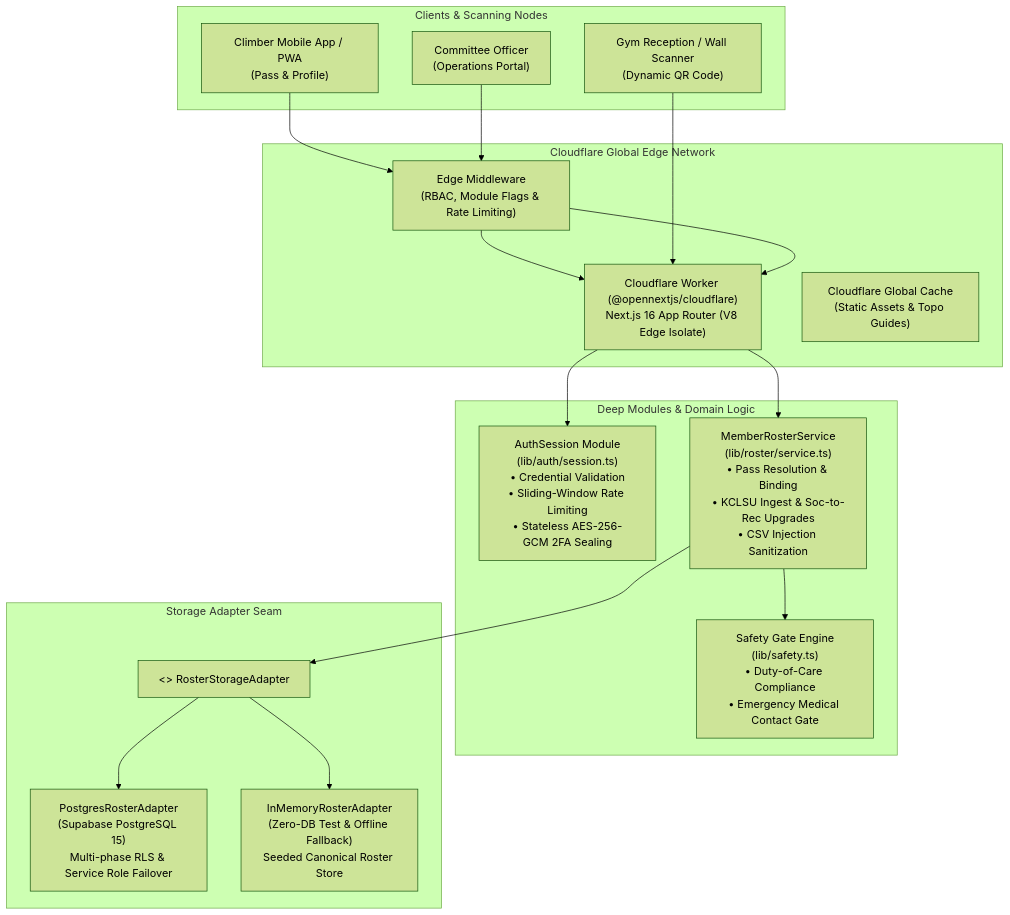
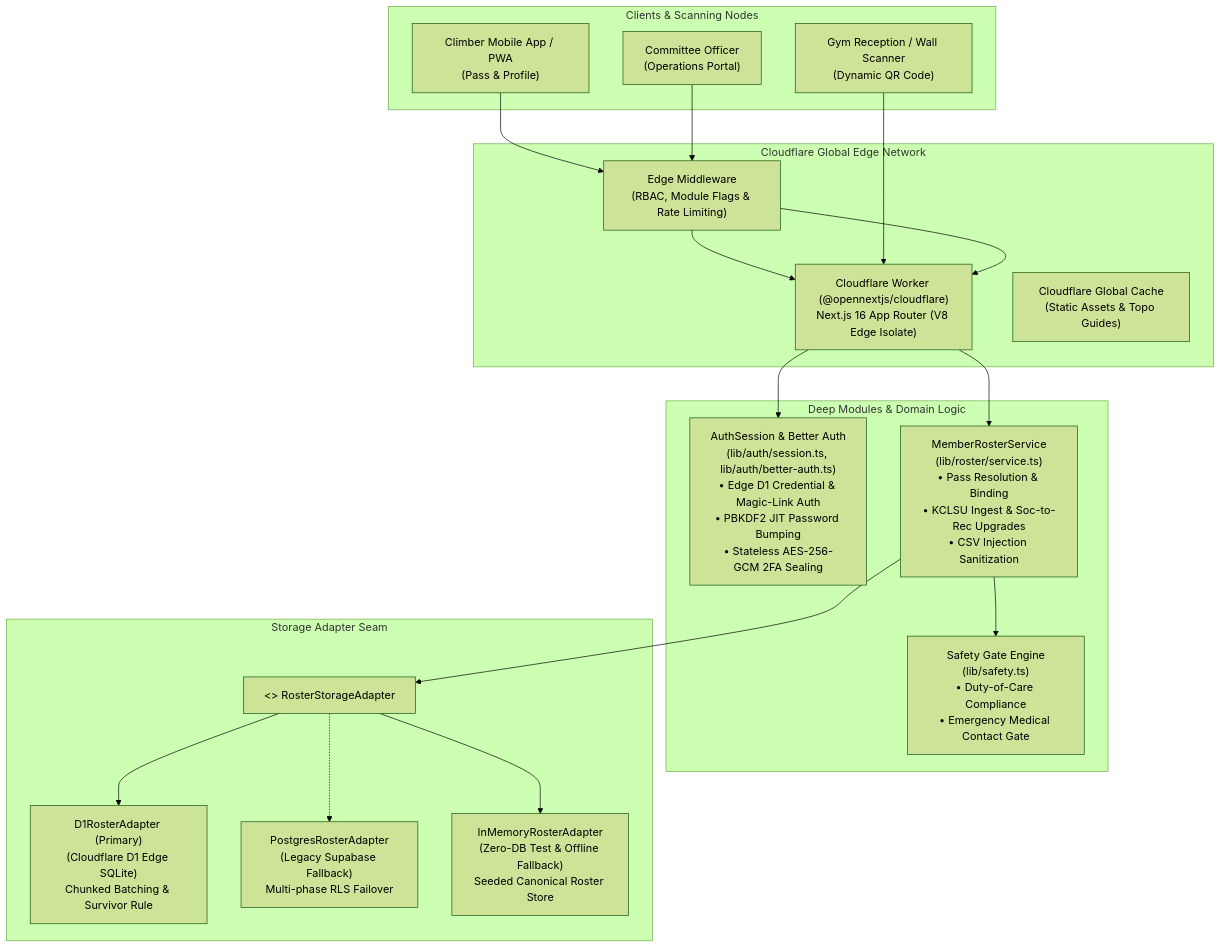
Before and after one commit to RemTypes/kclmc-portal: the diagram in README.md, drawn with Mermaid (forest theme). The commit also changed other lines of this file and 9 other files, not shown here.

Commit message:
docs(handover): synchronize architecture, handover, and ADRs with Cloudflare D1 migration

````diff
--- a/README.md
+++ b/README.md
@@ -21,38 +22,40 @@
 ```mermaid
 flowchart TD
     subgraph Clients ["Clients & Scanning Nodes"]
         CLIMBER["Climber Mobile App / PWA<br/>(Pass & Profile)"]
         SCANNER["Gym Reception / Wall Scanner<br/>(Dynamic QR Code)"]
         ADMIN["Committee Officer<br/>(Operations Portal)"]
     end
 
     subgraph Edge ["Cloudflare Global Edge Network"]
         CF_WORKER["Cloudflare Worker (@opennextjs/cloudflare)<br/>Next.js 16 App Router (V8 Edge Isolate)"]
         MIDDLEWARE["Edge Middleware<br/>(RBAC, Module Flags & Rate Limiting)"]
         CF_CACHE["Cloudflare Global Cache<br/>(Static Assets & Topo Guides)"]
     end
 
     subgraph Core ["Deep Modules & Domain Logic"]
-        AUTH_SESSION["AuthSession Module<br/>(lib/auth/session.ts)<br/>• Credential Validation<br/>• Sliding-Window Rate Limiting<br/>• Stateless AES-256-GCM 2FA Sealing"]
+        AUTH_SESSION["AuthSession & Better Auth<br/>(lib/auth/session.ts, lib/auth/better-auth.ts)<br/>• Edge D1 Credential & Magic-Link Auth<br/>• PBKDF2 JIT Password Bumping<br/>• Stateless AES-256-GCM 2FA Sealing"]
         ROSTER_SVC["MemberRosterService<br/>(lib/roster/service.ts)<br/>• Pass Resolution & Binding<br/>• KCLSU Ingest & Soc-to-Rec Upgrades<br/>• CSV Injection Sanitization"]
         SAFETY_GATE["Safety Gate Engine<br/>(lib/safety.ts)<br/>• Duty-of-Care Compliance<br/>• Emergency Medical Contact Gate"]
     end
 
     subgraph Storage ["Storage Adapter Seam"]
         ADAPTER["<<interface>> RosterStorageAdapter"]
-        POSTGRES["PostgresRosterAdapter<br/>(Supabase PostgreSQL 15)<br/>Multi-phase RLS & Service Role Failover"]
+        D1["D1RosterAdapter (Primary)<br/>(Cloudflare D1 Edge SQLite)<br/>Chunked Batching & Survivor Rule"]
+        POSTGRES["PostgresRosterAdapter<br/>(Legacy Supabase Fallback)<br/>Multi-phase RLS Failover"]
         INMEMORY["InMemoryRosterAdapter<br/>(Zero-DB Test & Offline Fallback)<br/>Seeded Canonical Roster Store"]
     end
 
     CLIMBER --> MIDDLEWARE --> CF_WORKER
     SCANNER --> CF_WORKER
     ADMIN --> MIDDLEWARE --> CF_WORKER
 
     CF_WORKER --> AUTH_SESSION
     CF_WORKER --> ROSTER_SVC
     ROSTER_SVC --> SAFETY_GATE
     ROSTER_SVC --> ADAPTER
 
-    ADAPTER --> POSTGRES
+    ADAPTER --> D1
+    ADAPTER -.-> POSTGRES
     ADAPTER --> INMEMORY
 ```
````
